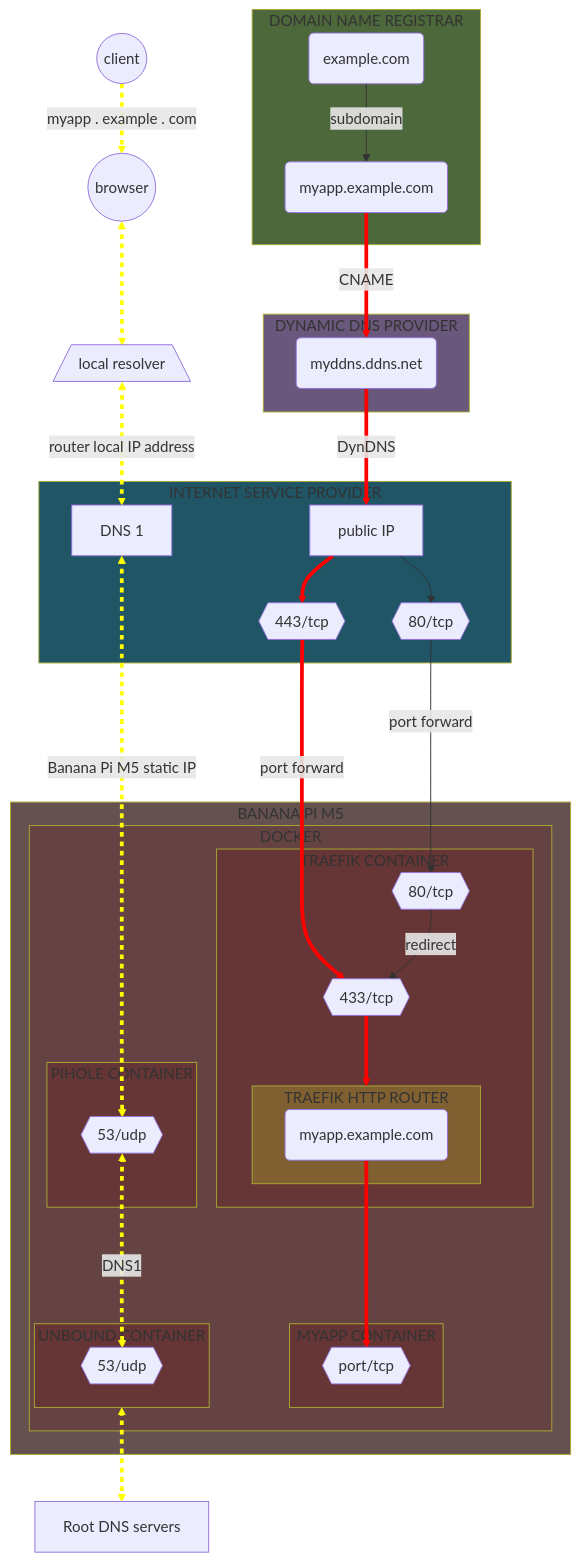
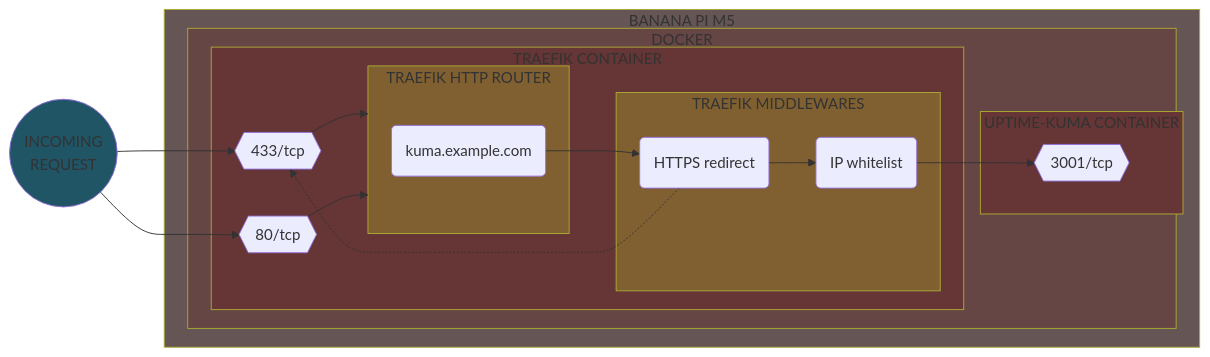
One commit to Yann39/self-hosted changed diagram 11 of 12 in README.md. Above: the diagram before and after it, drawn with Mermaid. The commit also changed other lines of this file and 3 other files, not shown here.

Commit message:
define ipwhitelist before basicauth middleware in Traefik config + improved readme and added contributing and acknowledgments

````diff
--- a/README.md
+++ b/README.md
@@ -2110,94 +2469,47 @@
 ```mermaid
-flowchart TB
-    style HOSTING_PROVIDER fill: #4d683b
-    style DDNS_PROVIDER fill: #69587b
-    style INTERNET_SERVICE_PROVIDER fill: #205566
-    style SINGLE_BOARD_COMPUTER fill: #665151
-    style CONTAINER_ENGINE fill: #664343
+flowchart LR
+    style INCOMING_REQUEST fill: #205566
     style TRAEFIK_CONTAINER fill: #663535
-    style PIHOLE_CONTAINER fill: #663535
-    style UNBOUND_CONTAINER fill: #663535
-    style MYAPP_CONTAINER fill: #663535
+    style APP_CONTAINER fill: #663535
     style TRAEFIK_ROUTER fill: #806030
-    DOMAIN(example.com)
-    SUBDOMAIN_MYAPP(myapp.example.com)
-    DDNS(myddns.ddns.net)
-    ROUTER[public IP]
-    ROUTER_PORT80{{80/tcp}}
-    ROUTER_PORT443{{443/tcp}}
-    DOCKER_PIHOLE_PORT53{{53/udp}}
+    style TRAEFIK_MIDDLEWARE fill: #806030
+    style SINGLE_BOARD_COMPUTER fill: #665555
+    style CONTAINER_ENGINE fill: #664545
     DOCKER_TRAEFIK_PORT443{{433/tcp}}
     DOCKER_TRAEFIK_PORT80{{80/tcp}}
-    DOCKER_MYAPP_PORT{{port/tcp}}
-    DOCKER_UNBOUND_PORT53{{53/udp}}
-    TRAEFIK_ROUTER_MYAPP(myapp.example.com)
-    ROOT_DNS_SERVERS[Root DNS servers]
-
-    subgraph HOSTING_PROVIDER[DOMAIN NAME REGISTRAR]
-        DOMAIN -->|subdomain| SUBDOMAIN_MYAPP
-    end
-
-    subgraph DDNS_PROVIDER[DYNAMIC DNS PROVIDER]
-        SUBDOMAIN_MYAPP -->|CNAME| DDNS
-    end
-
-    subgraph INTERNET_SERVICE_PROVIDER[INTERNET SERVICE PROVIDER]
-        DDNS -->|DynDNS| ROUTER
-        ROUTER --> ROUTER_PORT80
-        ROUTER --> ROUTER_PORT443
-        DNS[DNS 1]
-    end
-
-    CLIENT((client)) -->|myapp . example . com| BROWSER
-    BROWSER((browser)) <--> LOCAL_DNS_RESOLVER[/local resolver\]
-%%BROWSER((browser)) --> ROUTER
-    LOCAL_DNS_RESOLVER <-->|router local IP address| DNS
-    DNS <------>|Banana Pi M5 static IP| DOCKER_PIHOLE_PORT53
-    ROUTER_PORT443 -->|port forward| DOCKER_TRAEFIK_PORT443
-    ROUTER_PORT80 -->|port forward| DOCKER_TRAEFIK_PORT80
+    DOCKER_APP_PORT{{3001/tcp}}
+    TRAEFIK_ROUTER_APP(kuma.example.com)
+    TRAEFIK_MIDDLEWARE_REDIRECT(HTTPS redirect)
+    TRAEFIK_MIDDLEWARE_IP_WHITELIST(IP whitelist)
+    INCOMING_REQUEST(("&nbsp;&nbsp;INCOMING&nbsp;&nbsp;\nREQUEST"))
+    INCOMING_REQUEST --> DOCKER_TRAEFIK_PORT443
+    INCOMING_REQUEST --> DOCKER_TRAEFIK_PORT80
 
     subgraph SINGLE_BOARD_COMPUTER[BANANA PI M5]
         subgraph CONTAINER_ENGINE[DOCKER]
-            subgraph MYAPP_CONTAINER[MYAPP CONTAINER]
-                DOCKER_MYAPP_PORT
+            subgraph APP_CONTAINER[UPTIME-KUMA CONTAINER]
+                DOCKER_APP_PORT
             end
-
-            subgraph UNBOUND_CONTAINER[UNBOUND CONTAINER]
-                DOCKER_UNBOUND_PORT53
-            end
-
-            subgraph PIHOLE_CONTAINER[PIHOLE CONTAINER]
-                DOCKER_PIHOLE_PORT53
-            end
-
-            DOCKER_PIHOLE_PORT53 <--->|DNS1| DOCKER_UNBOUND_PORT53
 
             subgraph TRAEFIK_CONTAINER[TRAEFIK CONTAINER]
                 DOCKER_TRAEFIK_PORT443 --> TRAEFIK_ROUTER
-                DOCKER_TRAEFIK_PORT80 -->|redirect| DOCKER_TRAEFIK_PORT443
+                DOCKER_TRAEFIK_PORT80 --> TRAEFIK_ROUTER
 
                 subgraph TRAEFIK_ROUTER[TRAEFIK HTTP ROUTER]
-                    TRAEFIK_ROUTER_MYAPP
+                    TRAEFIK_ROUTER_APP
                 end
 
-                TRAEFIK_ROUTER_MYAPP ---> DOCKER_MYAPP_PORT
+                subgraph TRAEFIK_MIDDLEWARE[TRAEFIK MIDDLEWARES]
+                    TRAEFIK_MIDDLEWARE_REDIRECT
+                    TRAEFIK_MIDDLEWARE_IP_WHITELIST
+                end
+
+                TRAEFIK_MIDDLEWARE_REDIRECT --> TRAEFIK_MIDDLEWARE_IP_WHITELIST
+                TRAEFIK_MIDDLEWARE_REDIRECT -.-> DOCKER_TRAEFIK_PORT443
+                TRAEFIK_MIDDLEWARE_IP_WHITELIST --> DOCKER_APP_PORT
+                TRAEFIK_ROUTER_APP --> TRAEFIK_MIDDLEWARE_REDIRECT
             end
 
         end
-
     end
-
-    UNBOUND_CONTAINER <--> ROOT_DNS_SERVERS
-    linkStyle 1 stroke-width: 4px, stroke: red
-    linkStyle 2 stroke-width: 4px, stroke: red
-    linkStyle 4 stroke-width: 4px, stroke: red
-    linkStyle 5 stroke-width: 4px, stroke: yellow, stroke-dasharray: 5
-    linkStyle 6 stroke-width: 4px, stroke: yellow, stroke-dasharray: 5
-    linkStyle 7 stroke-width: 4px, stroke: yellow, stroke-dasharray: 5
-    linkStyle 8 stroke-width: 4px, stroke: yellow, stroke-dasharray: 5
-    linkStyle 9 stroke-width: 4px, stroke: red
-    linkStyle 11 stroke-width: 4px, stroke: yellow, stroke-dasharray: 5
-    linkStyle 12 stroke-width: 4px, stroke: red
-    linkStyle 14 stroke-width: 4px, stroke: red
-    linkStyle 15 stroke-width: 4px, stroke: yellow, stroke-dasharray: 5
 ```
````
